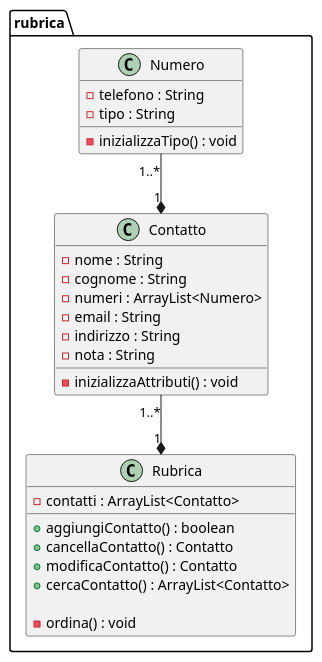
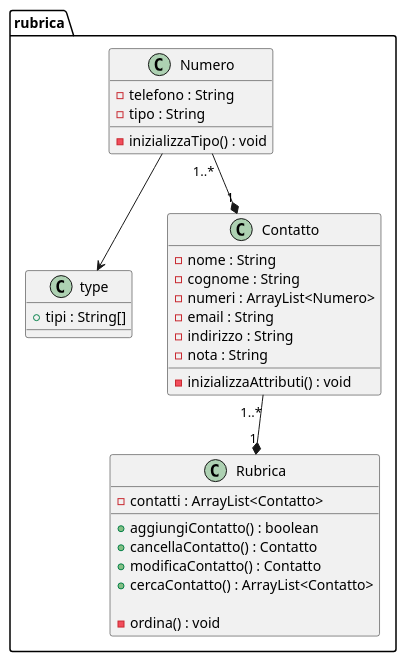
One commit to vero-sh/veroRepo changed the diagram in rubricaDinamica/src/Prog/CD.puml. Above: the diagram before and after it, drawn with PlantUML. The commit also changed 1 other file, not shown here.

```diff
--- a/rubricaDinamica/src/Prog/CD.puml
+++ b/rubricaDinamica/src/Prog/CD.puml
@@ -1,32 +1,36 @@
 @startuml
 package rubrica{
 class Rubrica{
     -contatti : ArrayList<Contatto>
     +aggiungiContatto() : boolean
     +cancellaContatto() : Contatto
     +modificaContatto() : Contatto
     +cercaContatto() : ArrayList<Contatto>
 
     -ordina() : void
+}
+class type{
+    + tipi : String[]
 }
 class Numero{
     -telefono : String
     -tipo : String
     -inizializzaTipo() : void
 }
 class Contatto{
     - nome : String
     - cognome : String
     - numeri : ArrayList<Numero>
     - email : String
     - indirizzo : String
     - nota : String
 
     -inizializzaAttributi() : void
 }
 }
 
 Contatto "1..*"--*"1" Rubrica
 Numero "1..*"--*"1" Contatto
+Numero --> type
 
 @enduml
```
